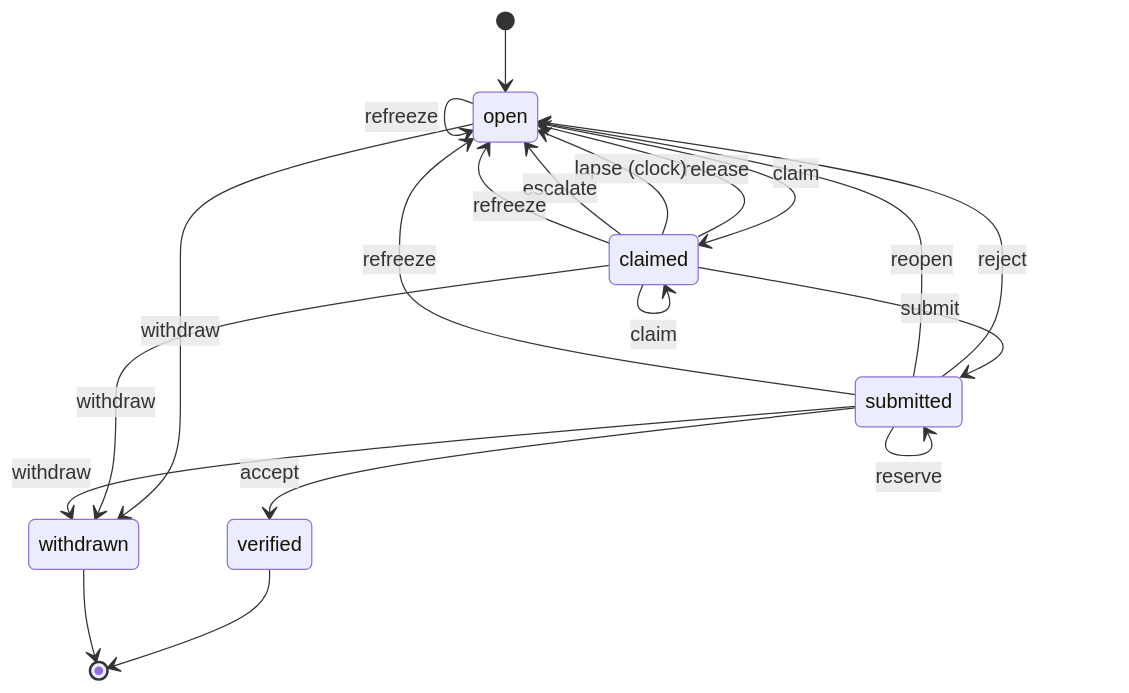
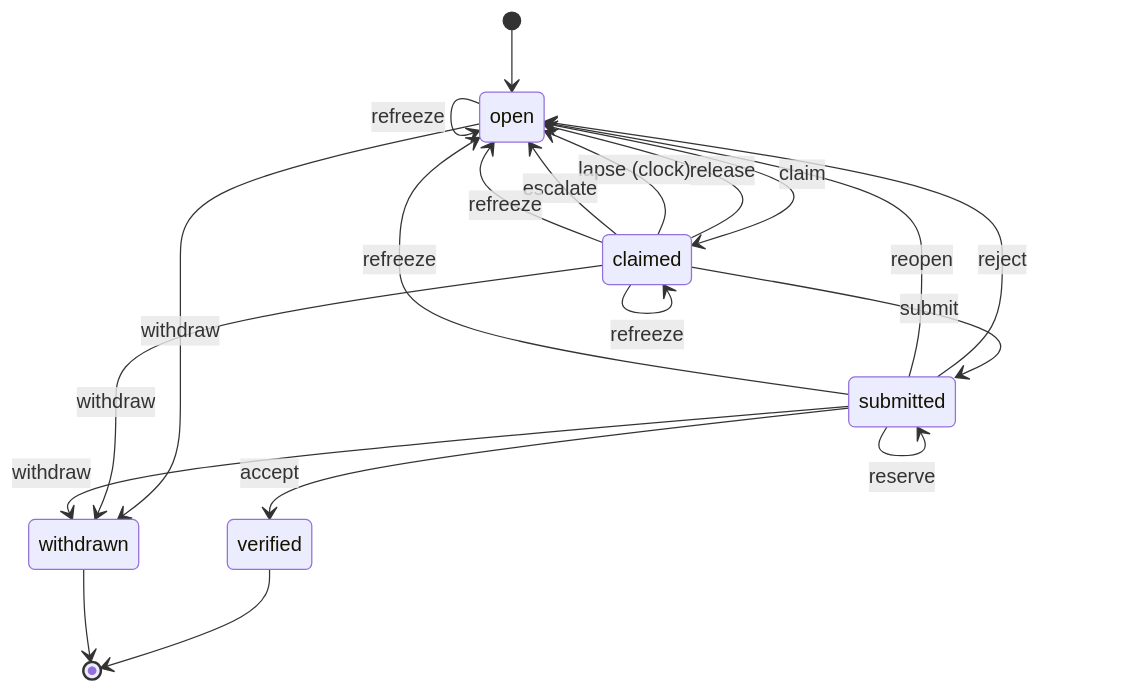
The diagram in docs/lifecycle.md (pullboard-dev/pullboard), drawn with Mermaid before and after one commit. The commit also changed other lines of this file and 9 other files, not shown here.

````diff
--- a/docs/lifecycle.md
+++ b/docs/lifecycle.md
@@ -13,23 +13,24 @@
 ```mermaid
 stateDiagram-v2
   [*] --> open
   open --> claimed: claim
   claimed --> claimed: claim
   claimed --> open: release
   claimed --> open: lapse (clock)
   claimed --> submitted: submit
   submitted --> submitted: reserve
   submitted --> verified: accept
   submitted --> open: reject
   submitted --> open: reopen
   open --> open: escalate
   claimed --> open: escalate
   open --> open: refreeze
   claimed --> open: refreeze
   submitted --> open: refreeze
+  claimed --> claimed: refreeze
   open --> withdrawn: withdraw
   claimed --> withdrawn: withdraw
   submitted --> withdrawn: withdraw
   verified --> [*]
   withdrawn --> [*]
 ```
````
